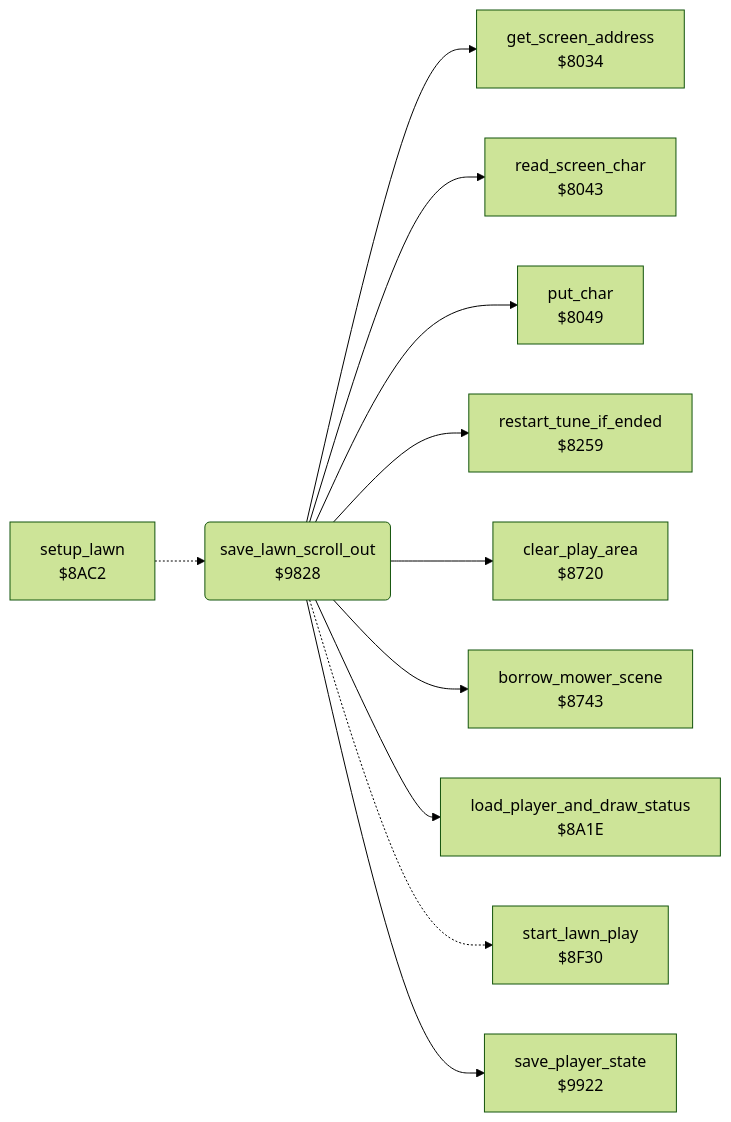
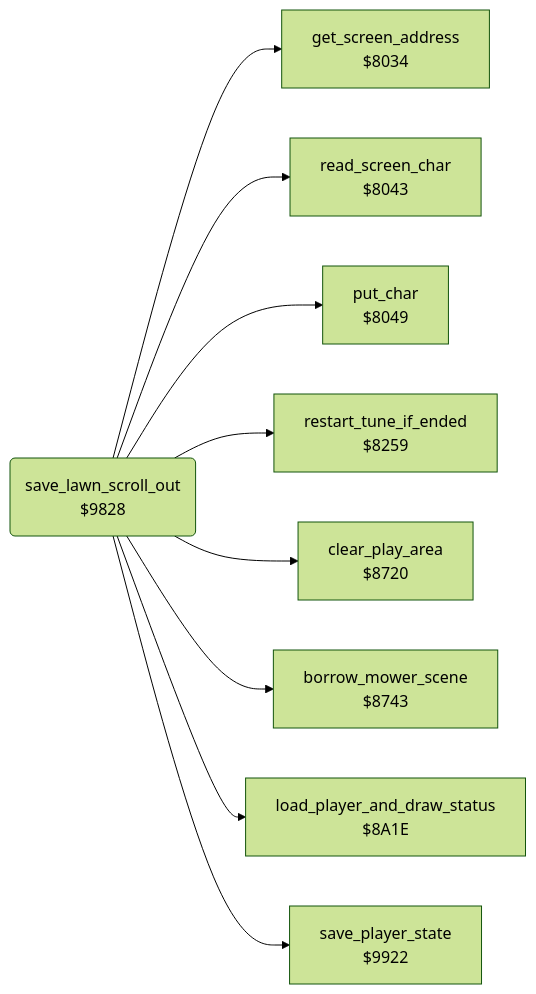
One commit to henols/c64_games changed the diagram in hover_bovver/docs/reference/modules/neighbour/neighbour_catch.md. Above: the diagram before and after it, drawn with Mermaid (forest theme). The commit also changed other lines of this file and 1100 other files, not shown here.

````diff
--- a/hover_bovver/docs/reference/modules/neighbour/neighbour_catch.md
+++ b/hover_bovver/docs/reference/modules/neighbour/neighbour_catch.md
@@ -10,24 +18,20 @@
 ```mermaid
 flowchart LR
   n8034["get_screen_address<br/>$8034"]
   n8043["read_screen_char<br/>$8043"]
   n8049["put_char<br/>$8049"]
   n8259["restart_tune_if_ended<br/>$8259"]
   n8720["clear_play_area<br/>$8720"]
   n8743["borrow_mower_scene<br/>$8743"]
   n8a1e["load_player_and_draw_status<br/>$8A1E"]
-  n8ac2["setup_lawn<br/>$8AC2"]
-  n8f30["start_lawn_play<br/>$8F30"]
   n9828("save_lawn_scroll_out<br/>$9828")
   n9922["save_player_state<br/>$9922"]
-  n8ac2 -.-> n9828
   n9828 --> n8034
   n9828 --> n8043
   n9828 --> n8049
   n9828 --> n8259
   n9828 --> n8720
   n9828 --> n8743
   n9828 --> n8a1e
-  n9828 -.-> n8f30
   n9828 --> n9922
 ```
````
